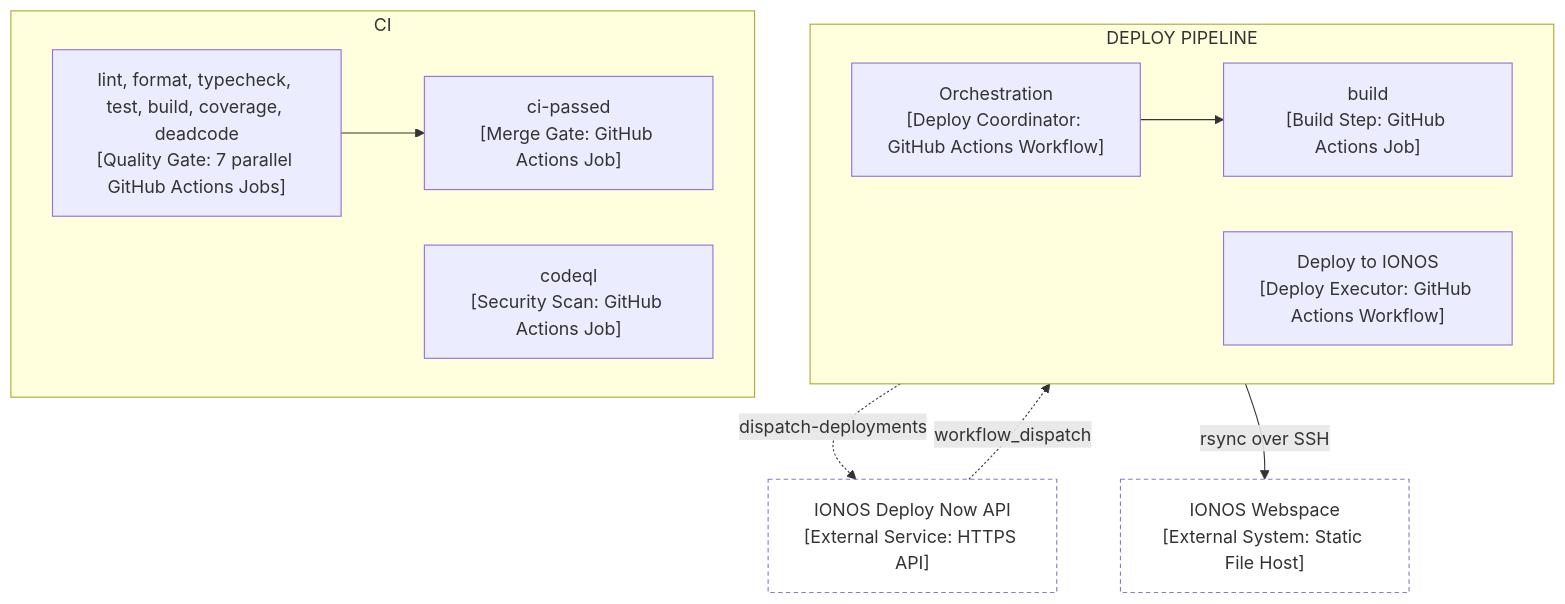
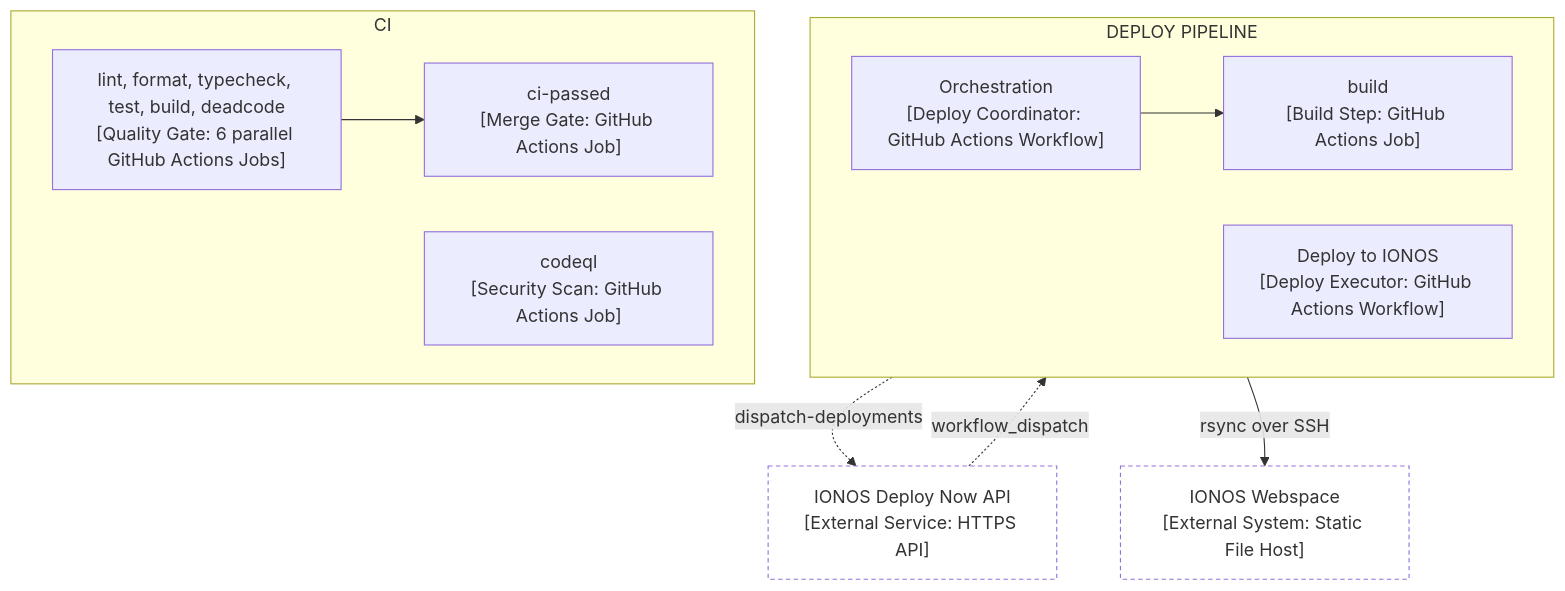
One commit to cfisch3r/estimate changed the first of 3 diagrams in docs/runbook.md. Above: the diagram before and after it, drawn with Mermaid. The commit also changed other lines of this file and 3 other files, not shown here.

First line of the commit message:
fix: fold coverage into the test job; fix overclaiming test titles

````diff
--- a/docs/runbook.md
+++ b/docs/runbook.md
@@ -13,27 +13,27 @@
 ```mermaid
 flowchart TB
   subgraph DEPLOY["DEPLOY PIPELINE"]
     direction LR
     Orch["Orchestration<br/>[Deploy Coordinator: GitHub Actions Workflow]"]
     BuildJob["build<br/>[Build Step: GitHub Actions Job]"]
     DeployWf["Deploy to IONOS<br/>[Deploy Executor: GitHub Actions Workflow]"]
     Orch --> BuildJob
   end
 
   subgraph CIL["CI"]
     direction LR
-    Gates["lint, format, typecheck, test, build, coverage, deadcode<br/>[Quality Gate: 7 parallel GitHub Actions Jobs]"]
+    Gates["lint, format, typecheck, test, build, deadcode<br/>[Quality Gate: 6 parallel GitHub Actions Jobs]"]
     Passed["ci-passed<br/>[Merge Gate: GitHub Actions Job]"]
     CodeQL["codeql<br/>[Security Scan: GitHub Actions Job]"]
     Gates --> Passed
   end
 
   IonosAPI["IONOS Deploy Now API<br/>[External Service: HTTPS API]"]:::external
   Webspace["IONOS Webspace<br/>[External System: Static File Host]"]:::external
 
   BuildJob -.->|dispatch-deployments| IonosAPI
   IonosAPI -.->|workflow_dispatch| DeployWf
   DeployWf -->|rsync over SSH| Webspace
 
   classDef external fill:transparent,stroke-dasharray: 4 3
 ```
````
